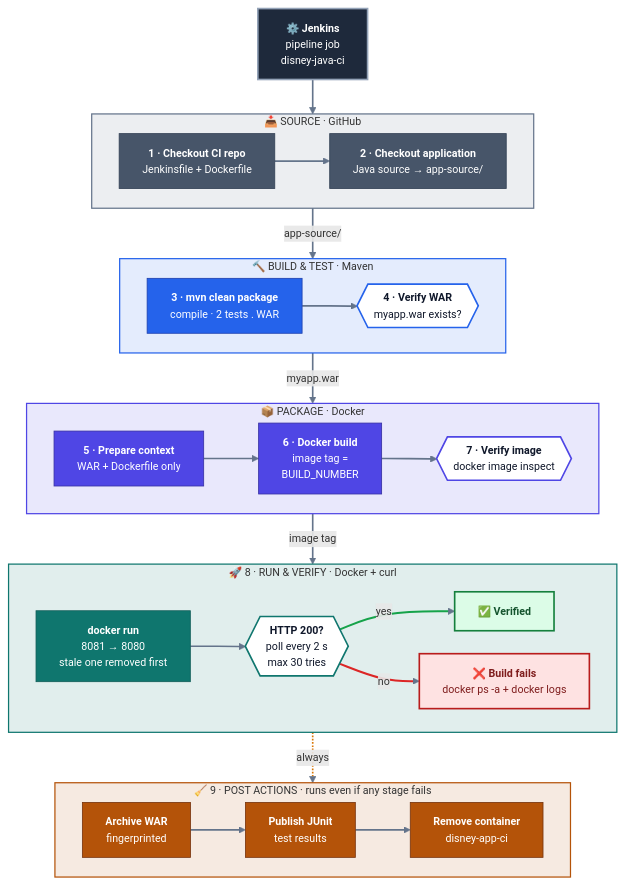
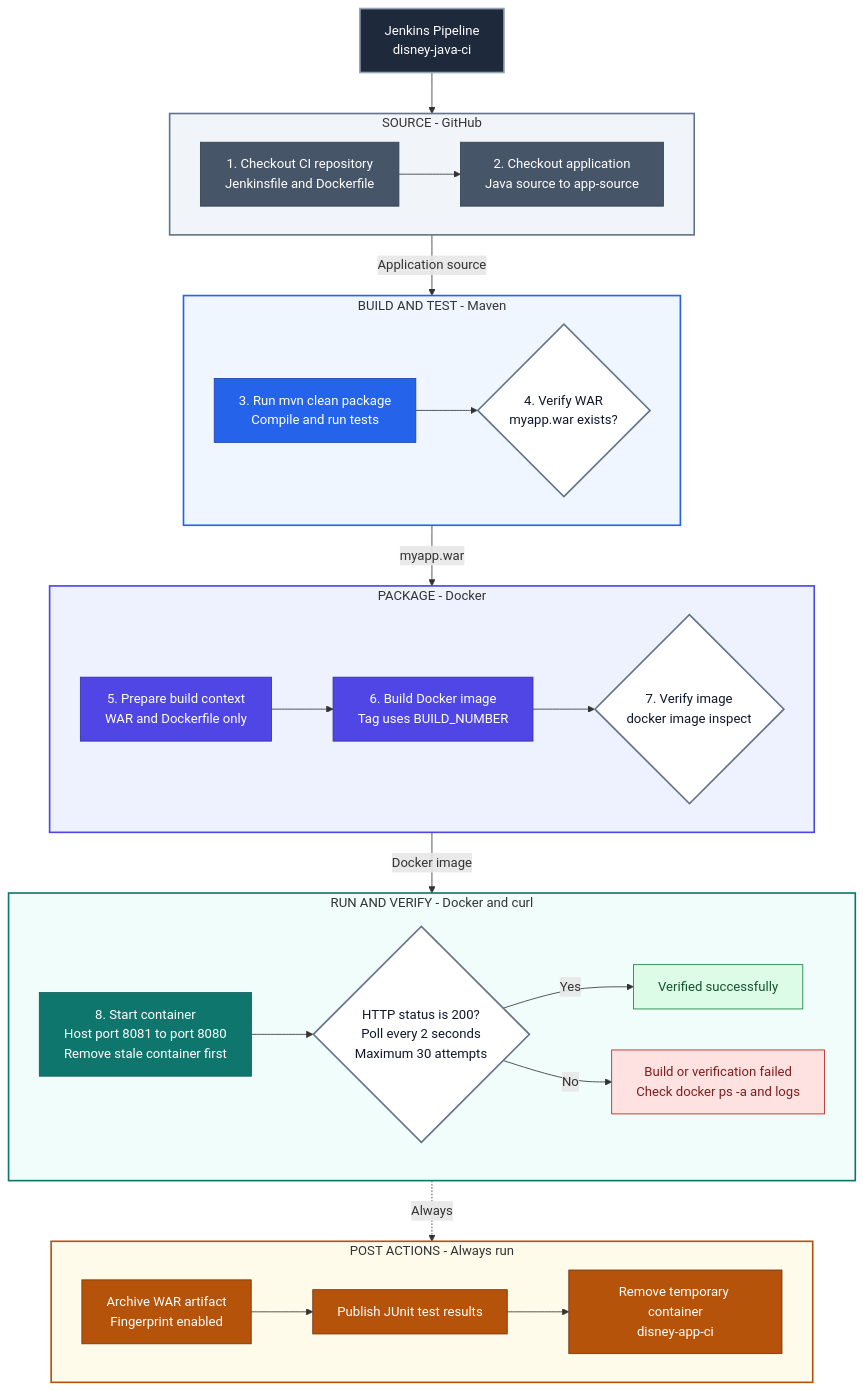
Before and after one commit to dileepkumar-bit/devops-portfolio: the first of 2 diagrams in 03-jenkins-cicd-pipeline/README.md, drawn with Mermaid.

Commit message:
Revise architecture diagram and improve descriptions
Updated architecture diagram and descriptions in README.

````diff
--- a/03-jenkins-cicd-pipeline/README.md
+++ b/03-jenkins-cicd-pipeline/README.md
@@ -47,87 +47,79 @@
 ```mermaid
-%%{init: {"flowchart":{"curve":"basis","nodeSpacing":28,"rankSpacing":42,"padding":14,"wrappingWidth":240},"themeVariables":{"fontFamily":"-apple-system, BlinkMacSystemFont, Segoe UI, Roboto, Helvetica, Arial, sans-serif","fontSize":"13px"}}}%%
 flowchart TB
-    JK["⚙️ <b>Jenkins</b><br/>pipeline job<br/>disney-java-ci"]
+    JK["Jenkins Pipeline<br/>disney-java-ci"]
 
-    subgraph SRC["📥 SOURCE · GitHub"]
+    subgraph SRC["SOURCE - GitHub"]
         direction LR
-        S1["<b>1 · Checkout CI repo</b><br/>Jenkinsfile + Dockerfile"]
-        S2["<b>2 · Checkout application</b><br/>Java source → app-source/"]
+        S1["1. Checkout CI repository<br/>Jenkinsfile and Dockerfile"]
+        S2["2. Checkout application<br/>Java source to app-source"]
         S1 --> S2
     end
 
-    subgraph BLD["🔨 BUILD & TEST · Maven"]
+    subgraph BLD["BUILD AND TEST - Maven"]
         direction LR
-        B1["<b>3 · mvn clean package</b><br/>compile · 2 tests . WAR"]
-        B2{{"<b>4 · Verify WAR</b><br/>myapp.war exists?"}}
+        B1["3. Run mvn clean package<br/>Compile and run tests"]
+        B2{"4. Verify WAR<br/>myapp.war exists?"}
         B1 --> B2
     end
 
-    subgraph PKG["📦 PACKAGE · Docker"]
+    subgraph PKG["PACKAGE - Docker"]
         direction LR
-        P1["<b>5 · Prepare context</b><br/>WAR + Dockerfile only"]
-        P2["<b>6 · Docker build</b><br/>image tag =<br/>BUILD_NUMBER"]
-        P3{{"<b>7 · Verify image</b><br/>docker image inspect"}}
+        P1["5. Prepare build context<br/>WAR and Dockerfile only"]
+        P2["6. Build Docker image<br/>Tag uses BUILD_NUMBER"]
+        P3{"7. Verify image<br/>docker image inspect"}
         P1 --> P2 --> P3
     end
 
-    subgraph RUN["🚀 8 · RUN & VERIFY · Docker + curl"]
+    subgraph RUN["RUN AND VERIFY - Docker and curl"]
         direction LR
-        R1["<b>docker run</b><br/>8081 → 8080<br/>stale one removed first"]
-        R2{{"<b>HTTP 200?</b><br/>poll every 2 s<br/>max 30 tries"}}
-        R3["<b>✅ Verified</b>"]
-        R4["<b>❌ Build fails</b><br/>docker ps -a + docker logs"]
+        R1["8. Start container<br/>Host port 8081 to port 8080<br/>Remove stale container first"]
+        R2{"HTTP status is 200?<br/>Poll every 2 seconds<br/>Maximum 30 attempts"}
+        R3["Verified successfully"]
+        R4["Build or verification failed<br/>Check docker ps -a and logs"]
         R1 --> R2
-        R2 -- "yes" --> R3
-        R2 -- "no" --> R4
+        R2 -->|Yes| R3
+        R2 -->|No| R4
     end
 
-    subgraph POST["🧹 9 · POST ACTIONS · runs even if any stage fails"]
+    subgraph POST["POST ACTIONS - Always run"]
         direction LR
-        Q1["<b>Archive WAR</b><br/>fingerprinted"]
-        Q2["<b>Publish JUnit</b><br/>test results"]
-        Q3["<b>Remove container</b><br/>disney-app-ci"]
+        Q1["Archive WAR artifact<br/>Fingerprint enabled"]
+        Q2["Publish JUnit test results"]
+        Q3["Remove temporary container<br/>disney-app-ci"]
         Q1 --> Q2 --> Q3
     end
 
     JK --> SRC
-    SRC -->|"app-source/"| BLD
-    BLD -->|"myapp.war"| PKG
-    PKG -->|"image tag"| RUN
-    RUN -.->|"always"| POST
+    SRC -->|Application source| BLD
+    BLD -->|myapp.war| PKG
+    PKG -->|Docker image| RUN
+    RUN -.->|Always| POST
 
-    classDef jenkins fill:#1E293B,stroke:#94A3B8,stroke-width:2px,color:#FFFFFF
-    classDef src fill:#475569,stroke:#334155,color:#FFFFFF
-    classDef bld fill:#2563EB,stroke:#1E40AF,color:#FFFFFF
-    classDef pkg fill:#4F46E5,stroke:#3730A3,color:#FFFFFF
-    classDef run fill:#0F766E,stroke:#115E59,color:#FFFFFF
+    classDef jenkins fill:#1E293B,stroke:#94A3B8,color:#FFFFFF,stroke-width:2px
+    classDef source fill:#475569,stroke:#334155,color:#FFFFFF
+    classDef build fill:#2563EB,stroke:#1E40AF,color:#FFFFFF
+    classDef package fill:#4F46E5,stroke:#3730A3,color:#FFFFFF
+    classDef runtime fill:#0F766E,stroke:#115E59,color:#FFFFFF
     classDef post fill:#B45309,stroke:#78350F,color:#FFFFFF
-    classDef gateB fill:#FFFFFF,stroke:#2563EB,stroke-width:2px,color:#0F172A
-    classDef gateP fill:#FFFFFF,stroke:#4F46E5,stroke-width:2px,color:#0F172A
-    classDef gateR fill:#FFFFFF,stroke:#0F766E,stroke-width:2px,color:#0F172A
-    classDef ok fill:#DCFCE7,stroke:#15803D,stroke-width:2px,color:#14532D
-    classDef bad fill:#FEE2E2,stroke:#B91C1C,stroke-width:2px,color:#7F1D1D
+    classDef decision fill:#FFFFFF,stroke:#64748B,color:#0F172A,stroke-width:2px
+    classDef success fill:#DCFCE7,stroke:#15803D,color:#14532D
+    classDef failure fill:#FEE2E2,stroke:#B91C1C,color:#7F1D1D
 
     class JK jenkins
-    class S1,S2 src
-    class B1 bld
-    class B2 gateB
-    class P1,P2 pkg
-    class P3 gateP
-    class R1 run
-    class R2 gateR
-    class R3 ok
-    class R4 bad
+    class S1,S2 source
+    class B1 build
+    class B2 decision
+    class P1,P2 package
+    class P3 decision
+    class R1 runtime
+    class R2 decision
+    class R3 success
+    class R4 failure
     class Q1,Q2,Q3 post
 
-    style SRC fill:#64748B1f,stroke:#64748B,stroke-width:1.5px
-    style BLD fill:#2563EB1f,stroke:#2563EB,stroke-width:1.5px
-    style PKG fill:#4F46E51f,stroke:#4F46E5,stroke-width:1.5px
-    style RUN fill:#0F766E1f,stroke:#0F766E,stroke-width:1.5px
-    style POST fill:#B453091f,stroke:#B45309,stroke-width:1.5px
-
-    linkStyle default stroke:#64748B,stroke-width:2px
-    linkStyle 5 stroke:#16A34A,stroke-width:2.5px
-    linkStyle 6 stroke:#DC2626,stroke-width:2.5px
-    linkStyle 13 stroke:#D97706,stroke-width:2px
+    style SRC fill:#F1F5F9,stroke:#64748B,stroke-width:2px
+    style BLD fill:#EFF6FF,stroke:#2563EB,stroke-width:2px
+    style PKG fill:#EEF2FF,stroke:#4F46E5,stroke-width:2px
+    style RUN fill:#F0FDFA,stroke:#0F766E,stroke-width:2px
+    style POST fill:#FFFBEB,stroke:#B45309,stroke-width:2px
 ```
````
